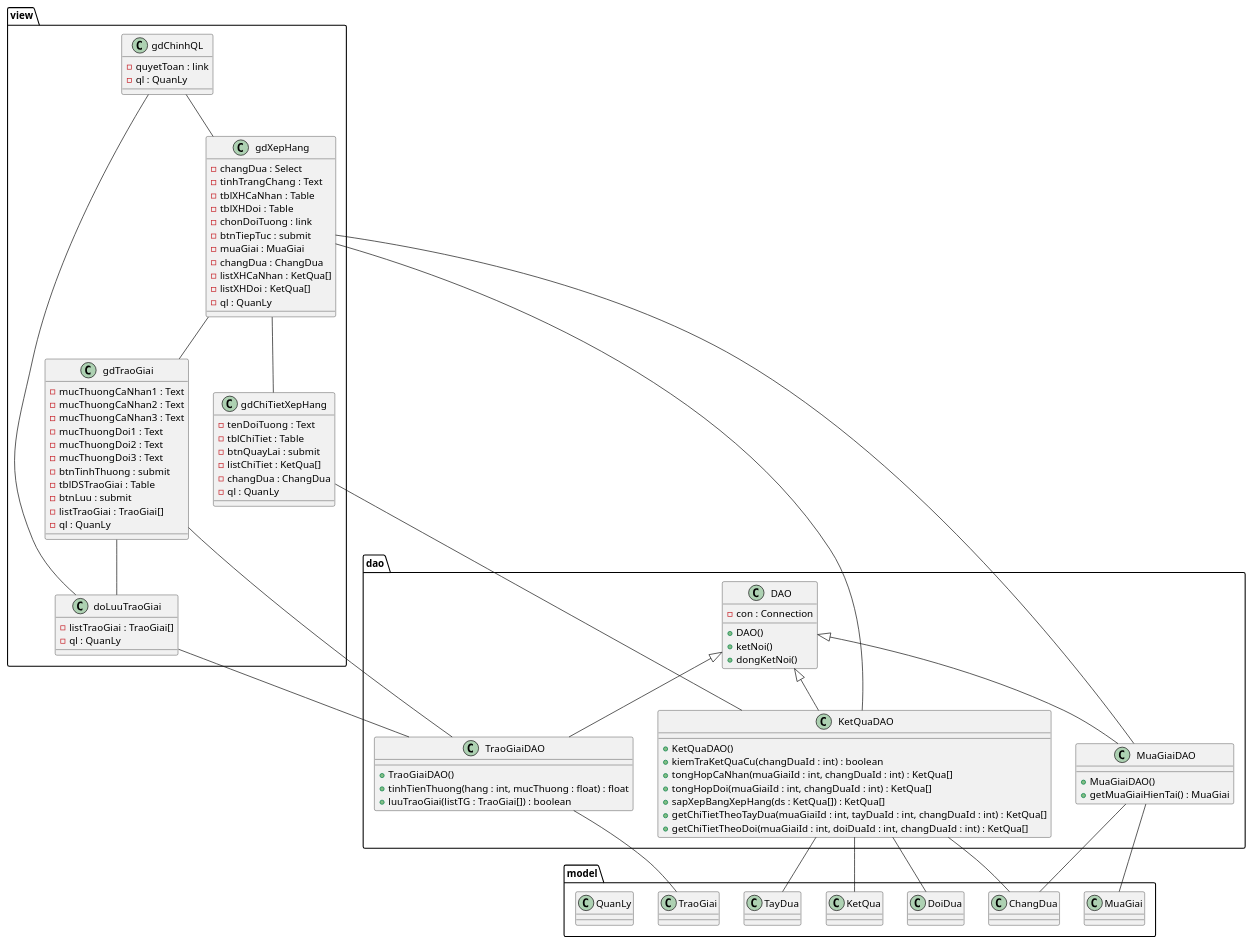
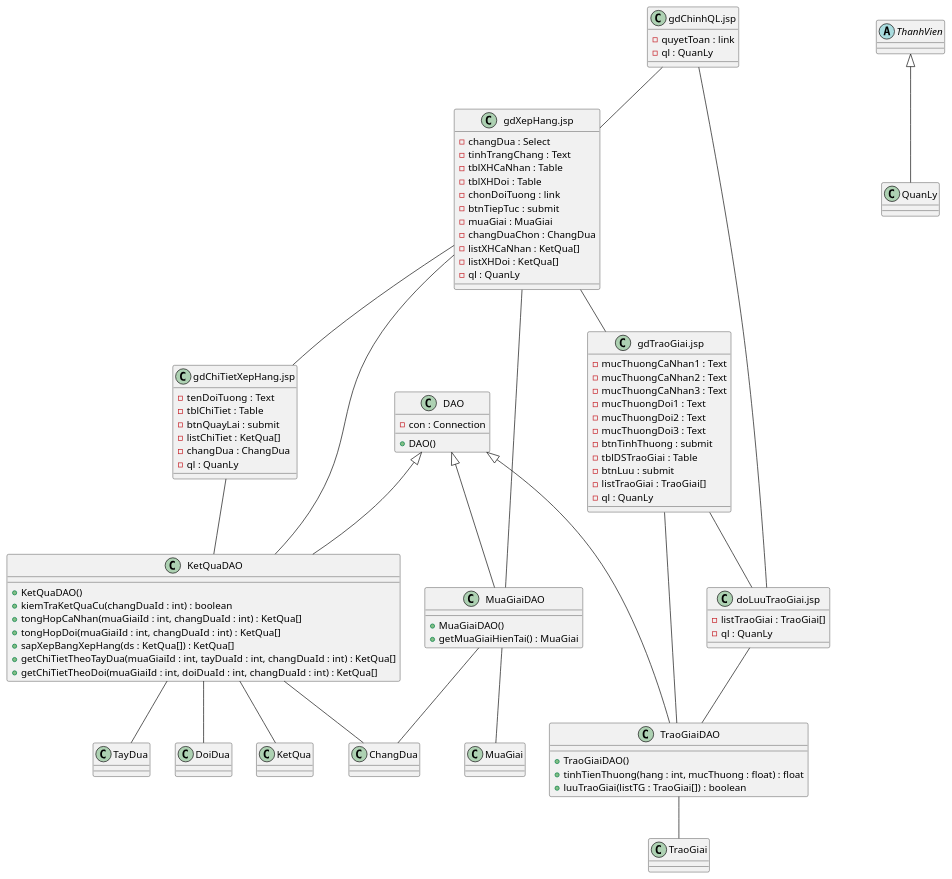
The fourth of 6 diagrams in Module 4 - Thanh/noi-dung.md (7gho/CNPM-He2026), drawn with PlantUML before and after one commit. The commit also changed other lines of this file and 41 other files, not shown here.

First line of the commit message:
Ra soat cheo toan he thong theo giao trinh; bo khung package, phac thao giao dien dang bang

````diff
--- a/Module 4 - Thanh/noi-dung.md
+++ b/Module 4 - Thanh/noi-dung.md
@@ -401,84 +387,78 @@
 ```plantuml
 @startuml
-package "view" as pkgView {
-  class gdChinhQL {
-    -quyetToan : link
-    -ql : QuanLy
-  }
-  class gdXepHang {
-    -changDua : Select
-    -tinhTrangChang : Text
-    -tblXHCaNhan : Table
-    -tblXHDoi : Table
-    -chonDoiTuong : link
-    -btnTiepTuc : submit
-    -muaGiai : MuaGiai
-    -changDua : ChangDua
-    -listXHCaNhan : KetQua[]
-    -listXHDoi : KetQua[]
-    -ql : QuanLy
-  }
-  class gdChiTietXepHang {
-    -tenDoiTuong : Text
-    -tblChiTiet : Table
-    -btnQuayLai : submit
-    -listChiTiet : KetQua[]
-    -changDua : ChangDua
-    -ql : QuanLy
-  }
-  class gdTraoGiai {
-    -mucThuongCaNhan1 : Text
-    -mucThuongCaNhan2 : Text
-    -mucThuongCaNhan3 : Text
-    -mucThuongDoi1 : Text
-    -mucThuongDoi2 : Text
-    -mucThuongDoi3 : Text
-    -btnTinhThuong : submit
-    -tblDSTraoGiai : Table
-    -btnLuu : submit
-    -listTraoGiai : TraoGiai[]
-    -ql : QuanLy
-  }
-  class doLuuTraoGiai {
-    -listTraoGiai : TraoGiai[]
-    -ql : QuanLy
-  }
+class "gdChinhQL.jsp" as gdChinhQL {
+  -quyetToan : link
+  -ql : QuanLy
 }
-package "dao" as pkgDAO {
-  class DAO {
-    -con : Connection
-    +DAO()
-    +ketNoi()
-    +dongKetNoi()
-  }
-  class MuaGiaiDAO {
-    +MuaGiaiDAO()
-    +getMuaGiaiHienTai() : MuaGiai
-  }
-  class KetQuaDAO {
-    +KetQuaDAO()
-    +kiemTraKetQuaCu(changDuaId : int) : boolean
-    +tongHopCaNhan(muaGiaiId : int, changDuaId : int) : KetQua[]
-    +tongHopDoi(muaGiaiId : int, changDuaId : int) : KetQua[]
-    +sapXepBangXepHang(ds : KetQua[]) : KetQua[]
-    +getChiTietTheoTayDua(muaGiaiId : int, tayDuaId : int, changDuaId : int) : KetQua[]
-    +getChiTietTheoDoi(muaGiaiId : int, doiDuaId : int, changDuaId : int) : KetQua[]
-  }
-  class TraoGiaiDAO {
-    +TraoGiaiDAO()
-    +tinhTienThuong(hang : int, mucThuong : float) : float
-    +luuTraoGiai(listTG : TraoGiai[]) : boolean
-  }
+class "gdXepHang.jsp" as gdXepHang {
+  -changDua : Select
+  -tinhTrangChang : Text
+  -tblXHCaNhan : Table
+  -tblXHDoi : Table
+  -chonDoiTuong : link
+  -btnTiepTuc : submit
+  -muaGiai : MuaGiai
+  -changDuaChon : ChangDua
+  -listXHCaNhan : KetQua[]
+  -listXHDoi : KetQua[]
+  -ql : QuanLy
 }
-package "model" as pkgModel {
-  class MuaGiai
-  class ChangDua
-  class KetQua
-  class TayDua
-  class DoiDua
-  class TraoGiai
-  class QuanLy
+class "gdChiTietXepHang.jsp" as gdChiTietXepHang {
+  -tenDoiTuong : Text
+  -tblChiTiet : Table
+  -btnQuayLai : submit
+  -listChiTiet : KetQua[]
+  -changDua : ChangDua
+  -ql : QuanLy
 }
+class "gdTraoGiai.jsp" as gdTraoGiai {
+  -mucThuongCaNhan1 : Text
+  -mucThuongCaNhan2 : Text
+  -mucThuongCaNhan3 : Text
+  -mucThuongDoi1 : Text
+  -mucThuongDoi2 : Text
+  -mucThuongDoi3 : Text
+  -btnTinhThuong : submit
+  -tblDSTraoGiai : Table
+  -btnLuu : submit
+  -listTraoGiai : TraoGiai[]
+  -ql : QuanLy
+}
+class "doLuuTraoGiai.jsp" as doLuuTraoGiai {
+  -listTraoGiai : TraoGiai[]
+  -ql : QuanLy
+}
+class DAO {
+  -con : Connection
+  +DAO()
+}
+class MuaGiaiDAO {
+  +MuaGiaiDAO()
+  +getMuaGiaiHienTai() : MuaGiai
+}
+class KetQuaDAO {
+  +KetQuaDAO()
+  +kiemTraKetQuaCu(changDuaId : int) : boolean
+  +tongHopCaNhan(muaGiaiId : int, changDuaId : int) : KetQua[]
+  +tongHopDoi(muaGiaiId : int, changDuaId : int) : KetQua[]
+  +sapXepBangXepHang(ds : KetQua[]) : KetQua[]
+  +getChiTietTheoTayDua(muaGiaiId : int, tayDuaId : int, changDuaId : int) : KetQua[]
+  +getChiTietTheoDoi(muaGiaiId : int, doiDuaId : int, changDuaId : int) : KetQua[]
+}
+class TraoGiaiDAO {
+  +TraoGiaiDAO()
+  +tinhTienThuong(hang : int, mucThuong : float) : float
+  +luuTraoGiai(listTG : TraoGiai[]) : boolean
+}
+class MuaGiai
+class ChangDua
+class KetQua
+class TayDua
+class DoiDua
+class TraoGiai
+abstract class ThanhVien
+class QuanLy
+ThanhVien <|-- QuanLy
 
 DAO <|-- MuaGiaiDAO
 DAO <|-- KetQuaDAO
````
